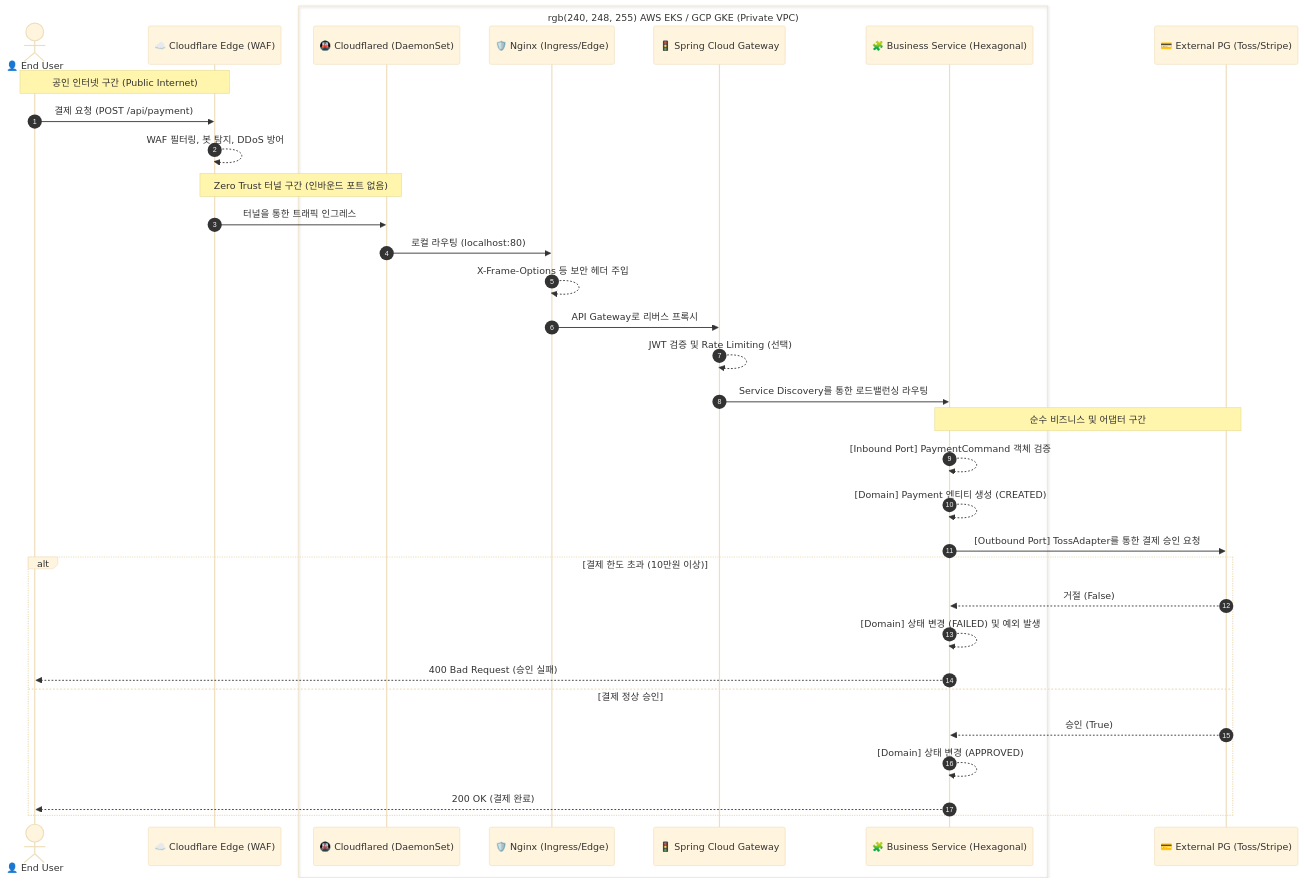
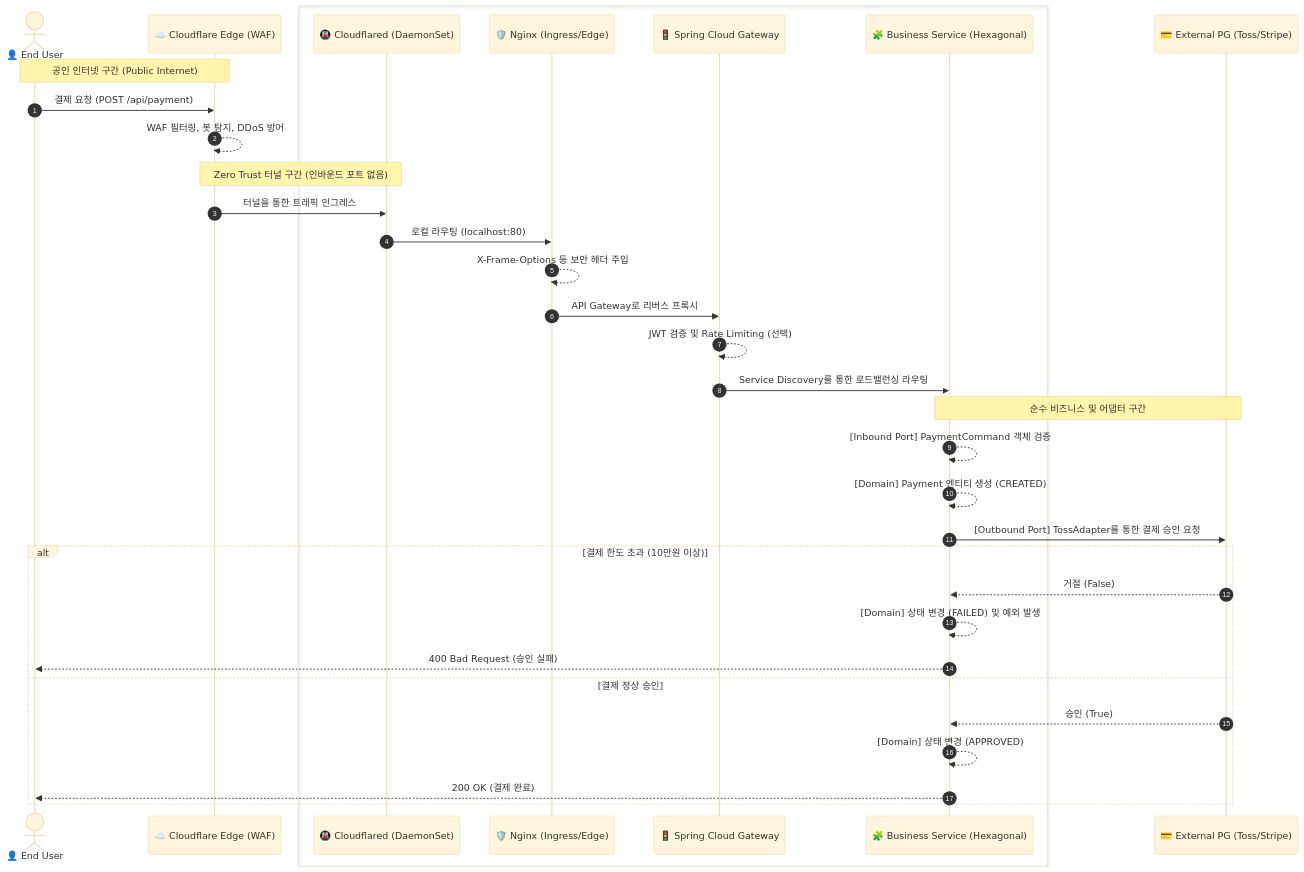
One commit to hooneyg/infra-master-lab changed the diagram in docs/msa-scenarios.md. Above: the diagram before and after it, drawn with Mermaid (base theme).

Commit message:
fix(docs): fix mermaid box rgb syntax to hex

````diff
--- a/docs/msa-scenarios.md
+++ b/docs/msa-scenarios.md
@@ -13,45 +13,45 @@
 ```mermaid
 sequenceDiagram
     autonumber
     
     actor User as 👤 End User
     participant CF as ☁️ Cloudflare Edge (WAF)
     
-    box rgb(240, 248, 255) AWS EKS / GCP GKE (Private VPC)
+    box #F0F8FF AWS EKS / GCP GKE (Private VPC)
         participant Tunnel as 🚇 Cloudflared (DaemonSet)
         participant Nginx as 🛡️ Nginx (Ingress/Edge)
         participant GW as 🚦 Spring Cloud Gateway
         participant Biz as 🧩 Business Service (Hexagonal)
     end
     
     participant PG as 💳 External PG (Toss/Stripe)
 
     Note over User, CF: 공인 인터넷 구간 (Public Internet)
     User->>CF: 결제 요청 (POST /api/payment)
     CF-->>CF: WAF 필터링, 봇 탐지, DDoS 방어
     
     Note over CF, Tunnel: Zero Trust 터널 구간 (인바운드 포트 없음)
     CF->>Tunnel: 터널을 통한 트래픽 인그레스
     
     Tunnel->>Nginx: 로컬 라우팅 (localhost:80)
     Nginx-->>Nginx: X-Frame-Options 등 보안 헤더 주입
     Nginx->>GW: API Gateway로 리버스 프록시
     
     GW-->>GW: JWT 검증 및 Rate Limiting (선택)
     GW->>Biz: Service Discovery를 통한 로드밸런싱 라우팅
     
     Note over Biz, PG: 순수 비즈니스 및 어댑터 구간
     Biz-->>Biz: [Inbound Port] PaymentCommand 객체 검증
     Biz-->>Biz: [Domain] Payment 엔티티 생성 (CREATED)
     Biz->>PG: [Outbound Port] TossAdapter를 통한 결제 승인 요청
     
     alt 결제 한도 초과 (10만원 이상)
         PG-->>Biz: 거절 (False)
         Biz-->>Biz: [Domain] 상태 변경 (FAILED) 및 예외 발생
         Biz-->>User: 400 Bad Request (승인 실패)
     else 결제 정상 승인
         PG-->>Biz: 승인 (True)
         Biz-->>Biz: [Domain] 상태 변경 (APPROVED)
         Biz-->>User: 200 OK (결제 완료)
     end
 ```
````
